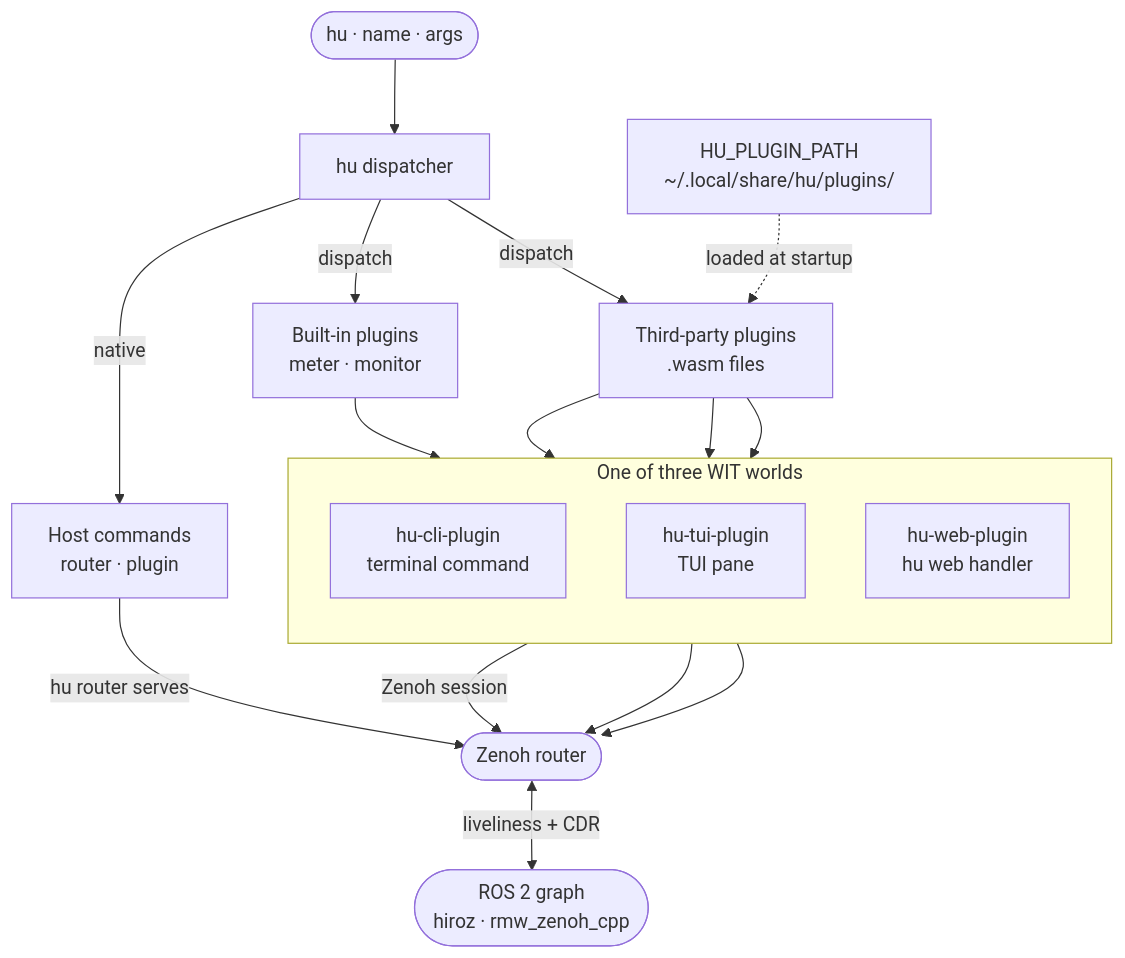
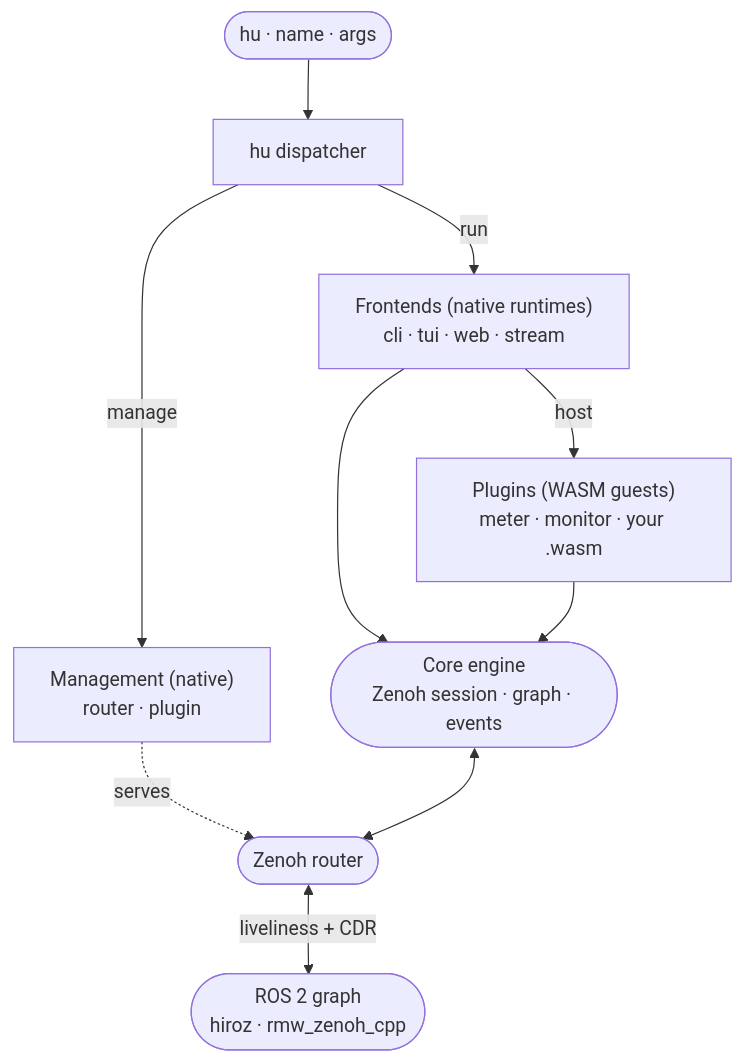
The diagram in docs/tools/why-hu.md (ZettaScaleLabs/hiroz), drawn with Mermaid before and after one commit. The commit also changed other lines of this file and 1 other file, not shown here.

Commit message:
docs(hu): document the platform model (core/frontends/plugins/management)
Rewrite the overview to present hu as four layers instead of a two-way
plugin/host split: a shared core engine, native frontends (tui/web/
stream/cli) that host plugins, WASM plugins as the guest side of each
frontend's WIT world, and native management commands (router/plugin).
Add the frontend↔WIT-world mapping table and redraw the diagram.

````diff
--- a/docs/tools/why-hu.md
+++ b/docs/tools/why-hu.md
@@ -14,30 +22,16 @@
 ```mermaid
 graph TD
-    accTitle: The hu toolkit — dispatcher routing to native host commands or sandboxed plugins over Zenoh
-    accDescr: The hu binary dispatches a subcommand either to a native host command (router, plugin) or to a plugin. Built-in plugins (meter, monitor) and third-party WASM plugins implement one of three WIT worlds (CLI, TUI, web). Everything reaches the ROS 2 graph through a shared Zenoh router.
+    accTitle: The hu platform — dispatcher, native frontends hosting WASM plugins, over a shared core and Zenoh router
+    accDescr: The hu dispatcher routes to native management commands (router, plugin) or to native frontends (cli, tui, web, stream). Frontends host sandboxed WASM plugins that target their WIT world. Frontends and plugins share one core engine, which reaches the ROS 2 graph through a Zenoh router.
 
     user(["hu · name · args"]) --> disp["hu dispatcher"]
-
-    disp -->|native| host["Host commands<br>router · plugin"]
-    disp -->|dispatch| builtin["Built-in plugins<br>meter · monitor"]
-    disp -->|dispatch| wasm["Third-party plugins<br>.wasm files"]
-    path["HU_PLUGIN_PATH<br>~/.local/share/hu/plugins/"] -. loaded at startup .-> wasm
-
-    subgraph "One of three WIT worlds"
-        direction TB
-        cli["hu-cli-plugin<br>terminal command"]
-        tui["hu-tui-plugin<br>TUI pane"]
-        web["hu-web-plugin<br>hu web handler"]
-    end
-
-    builtin --> cli
-    wasm --> cli
-    wasm --> tui
-    wasm --> web
-
-    host -->|hu router serves| router(["Zenoh router"])
-    cli -->|Zenoh session| router
-    tui --> router
-    web --> router
-    router <-->|liveliness + CDR| ros2graph(["ROS 2 graph<br>hiroz · rmw_zenoh_cpp"])
+    disp -->|manage| mgmt["Management (native)<br>router · plugin"]
+    disp -->|run| frontends["Frontends (native runtimes)<br>cli · tui · web · stream"]
+    frontends -->|host| plugins["Plugins (WASM guests)<br>meter · monitor · your .wasm"]
+    frontends --> core
+    plugins --> core
+    core(["Core engine<br>Zenoh session · graph · events"])
+    mgmt -. serves .-> router(["Zenoh router"])
+    core <--> router
+    router <-->|liveliness + CDR| ros2(["ROS 2 graph<br>hiroz · rmw_zenoh_cpp"])
 ```
````
